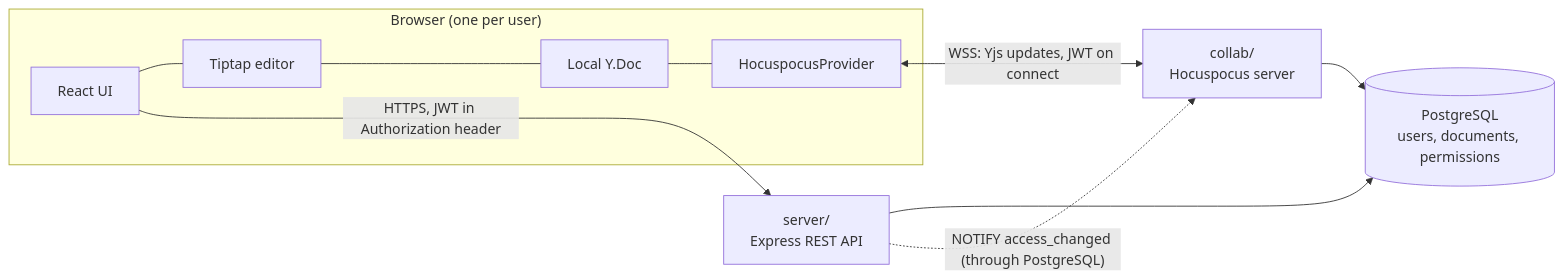
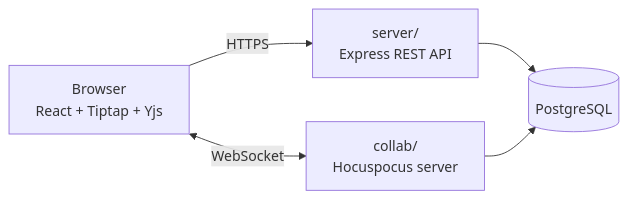
Before and after one commit to SyedAsharAhmd/Collab-Docs: the diagram in README.md, drawn with Mermaid. The commit also changed other lines of this file, not shown here.

````diff
--- a/README.md
+++ b/README.md
@@ -43,15 +42,8 @@
 ```mermaid
 flowchart LR
-  subgraph Browser["Browser (one per user)"]
-    UI["React UI"]
-    ED["Tiptap editor"]
-    YD["Local Y.Doc"]
-    PR["HocuspocusProvider"]
-    UI --- ED --- YD --- PR
-  end
-  UI -- "HTTPS, JWT in Authorization header" --> API["server/<br/>Express REST API"]
-  PR <-- "WSS: Yjs updates, JWT on connect" --> COL["collab/<br/>Hocuspocus server"]
-  API --> DB[("PostgreSQL<br/>users, documents, permissions")]
+  Browser["Browser<br/>React + Tiptap + Yjs"]
+  Browser -- "HTTPS" --> API["server/<br/>Express REST API"]
+  Browser <-- "WebSocket" --> COL["collab/<br/>Hocuspocus server"]
+  API --> DB[("PostgreSQL")]
   COL --> DB
-  API -. "NOTIFY access_changed (through PostgreSQL)" .-> COL
 ```
````
